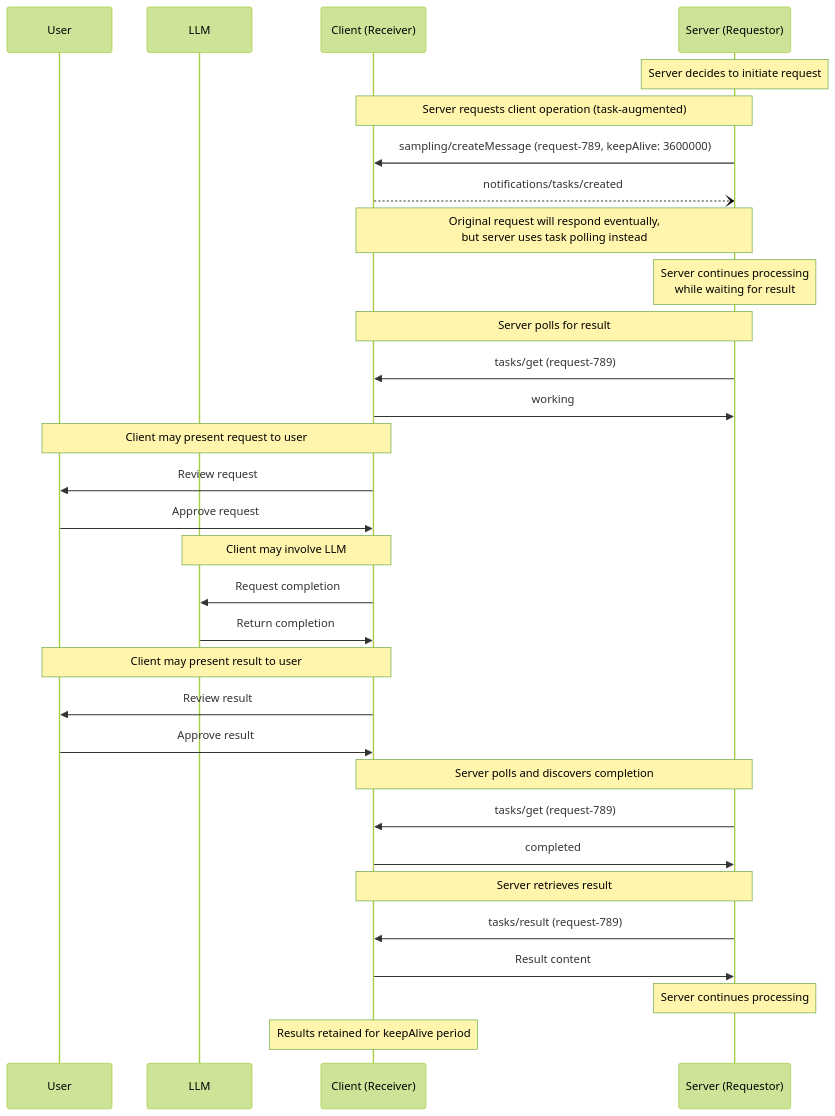
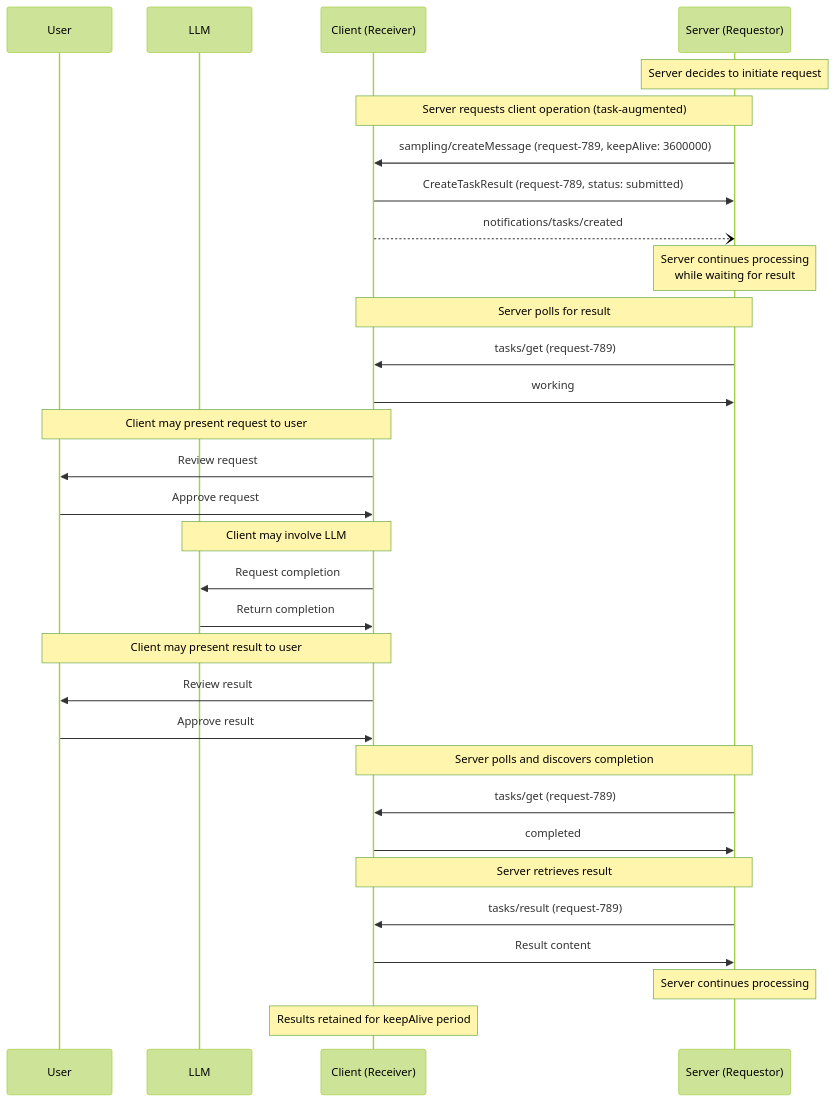
The fourth of 6 diagrams in docs/specification/draft/basic/utilities/tasks.mdx (scottslewis/modelcontextprotocol), drawn with Mermaid (forest theme) before and after one commit. The commit also changed other lines of this file and 3 other files, not shown here.

Commit message:
Use response instead of notification for task acceptance

````diff
--- a/docs/specification/draft/basic/utilities/tasks.mdx
+++ b/docs/specification/draft/basic/utilities/tasks.mdx
@@ -507,44 +541,44 @@
 ```mermaid
 sequenceDiagram
     participant U as User
     participant LLM
     participant C as Client (Receiver)
     participant S as Server (Requestor)
 
     Note over S: Server decides to initiate request
 
     Note over S,C: Server requests client operation (task-augmented)
     S->>C: sampling/createMessage (request-789, keepAlive: 3600000)
+    C->>S: CreateTaskResult (request-789, status: submitted)
     C--)S: notifications/tasks/created
-    Note over S,C: Original request will respond eventually,<br/>but server uses task polling instead
 
     Note over S: Server continues processing<br/>while waiting for result
 
     Note over S,C: Server polls for result
     S->>C: tasks/get (request-789)
     C->>S: working
 
     Note over C,U: Client may present request to user
     C->>U: Review request
     U->>C: Approve request
 
     Note over C,LLM: Client may involve LLM
     C->>LLM: Request completion
     LLM->>C: Return completion
 
     Note over C,U: Client may present result to user
     C->>U: Review result
     U->>C: Approve result
 
     Note over S,C: Server polls and discovers completion
     S->>C: tasks/get (request-789)
     C->>S: completed
 
     Note over S,C: Server retrieves result
     S->>C: tasks/result (request-789)
     C->>S: Result content
 
     Note over S: Server continues processing
 
     Note over C: Results retained for keepAlive period
 ```
````
